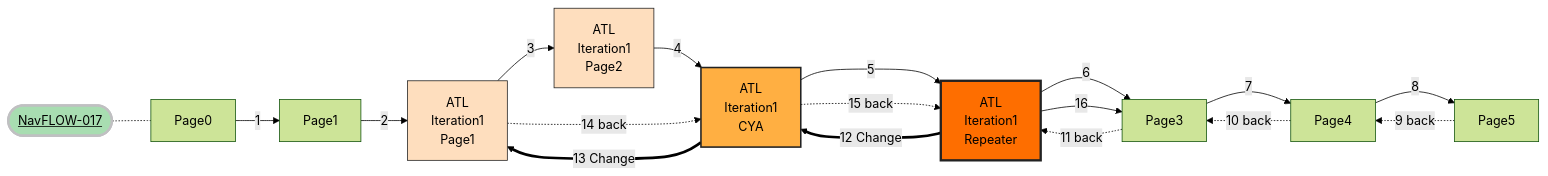
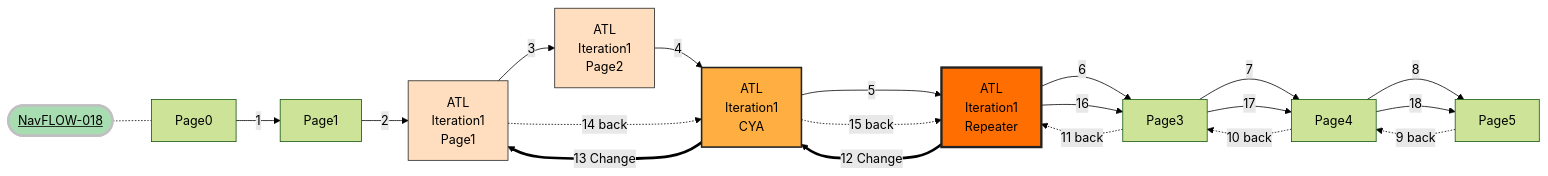
Diagram 18 of 18 in Navigation.md (hmrc/gform-frontend), drawn with Mermaid before and after one commit.

````diff
--- a/Navigation.md
+++ b/Navigation.md
@@ -597,33 +597,35 @@
 ```mermaid
 %%{init: {'theme': 'forest', "flowchart" : { "curve" : "basis" } } }%%
 graph LR;
-    title([<u>NavFLOW-017</u><br>])
+    title([<u>NavFLOW-018</u><br>])
     title -.- Page0
     Page0 --> |1| Page1
     Page1 --> |2| ATLPage1["ATL<br>Iteration1<br>Page1"]
     ATLPage1 --> |3| ATLPage2["ATL<br>Iteration1<br>Page2"]
     ATLPage2 --> |4| ATLCYA1["ATL<br>Iteration1<br>CYA"]
     ATLCYA1 --> |5| ATLRepeater["ATL<br>Iteration1<br>Repeater"]
     ATLRepeater --> |6| Page3
     Page3 --> |7| Page4
     Page4 --> |8| Page5
     Page5 -.9 back.-> Page4
     Page4 -.10 back.-> Page3
     Page3 -.11 back.-> ATLRepeater
 
     ATLRepeater ===> |12 Change|ATLCYA1
     ATLCYA1 ===> |13 Change| ATLPage1
     ATLPage1 -.14 back.-> ATLCYA1
     ATLCYA1 -.15 back.-> ATLRepeater
     ATLRepeater --> |16| Page3
+    Page3 --> |17| Page4
+    Page4 --> |18| Page5
 
     classDef orange fill:#fedebe,stroke:#222,stroke-width:1px
     classDef orangeCYA fill:#ffaf42,stroke:#222,stroke-width:2px
     classDef orangeRepeater fill:#fe6e00,stroke:#222,stroke-width:3px
     class ATLRepeater orangeRepeater
     class ATLCYA1 orangeCYA
     class ATLPage2 orange
     class ATLPage1 orange
     classDef greenTitle fill:#a8ddb1 ,stroke:#c0c0c2,stroke-width:3px
     class title greenTitle
 ```
````
